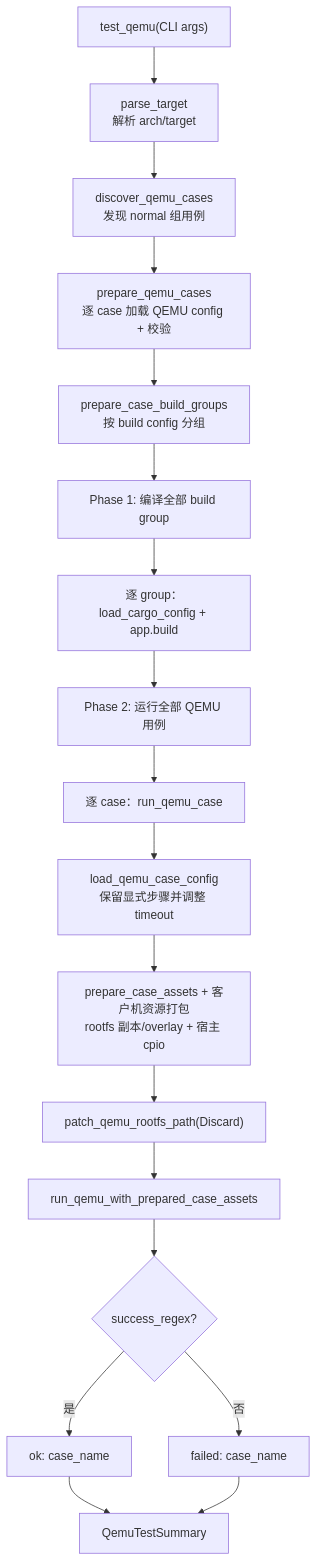
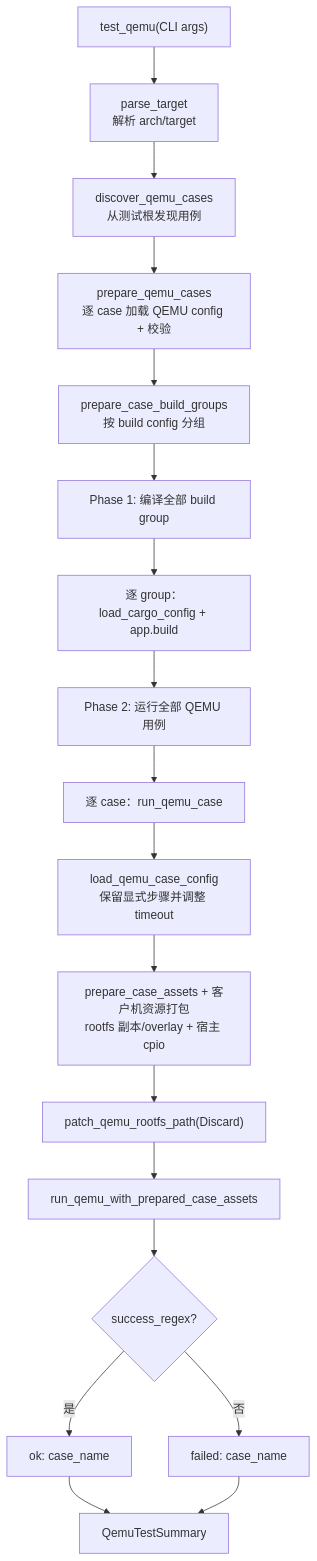
One commit to rcore-os/tgoskits changed the first of 2 diagrams in docs/docs/build/axvisor/test.md. Above: the diagram before and after it, drawn with Mermaid. The commit also changed other lines of this file and 207 other files, not shown here.

````diff
--- a/docs/docs/build/axvisor/test.md
+++ b/docs/docs/build/axvisor/test.md
@@ -51,20 +56,20 @@
 ```mermaid
 flowchart TD
     A["test_qemu(CLI args)"] --> B["parse_target<br/>解析 arch/target"]
-    B --> C["discover_qemu_cases<br/>发现 normal 组用例"]
+    B --> C["discover_qemu_cases<br/>从测试根发现用例"]
     C --> D["prepare_qemu_cases<br/>逐 case 加载 QEMU config + 校验"]
     D --> E["prepare_case_build_groups<br/>按 build config 分组"]
     E --> F["Phase 1: 编译全部 build group"]
     F --> F2["逐 group：load_cargo_config + app.build"]
     F2 --> G["Phase 2: 运行全部 QEMU 用例"]
     G --> H["逐 case：run_qemu_case"]
     H --> I["load_qemu_case_config<br/>保留显式步骤并调整 timeout"]
     I --> J["prepare_case_assets + 客户机资源打包<br/>rootfs 副本/overlay + 宿主 cpio"]
     J --> K["patch_qemu_rootfs_path(Discard)"]
     K --> L["run_qemu_with_prepared_case_assets"]
     L --> M{"success_regex?"}
     M -->|是| N["ok: case_name"]
     M -->|否| O["failed: case_name"]
     N --> P["QemuTestSummary"]
     O --> P
 ```
````
